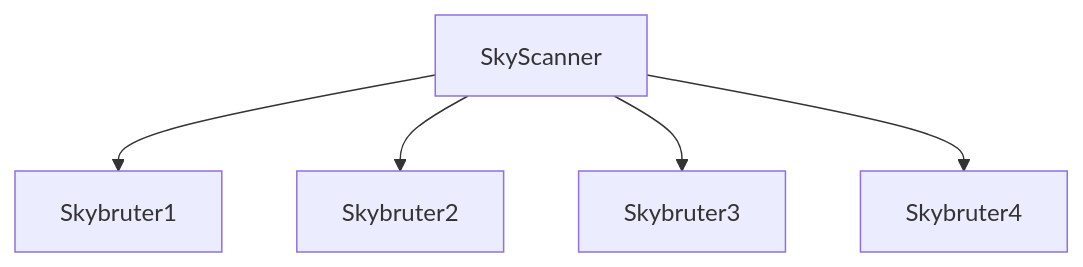
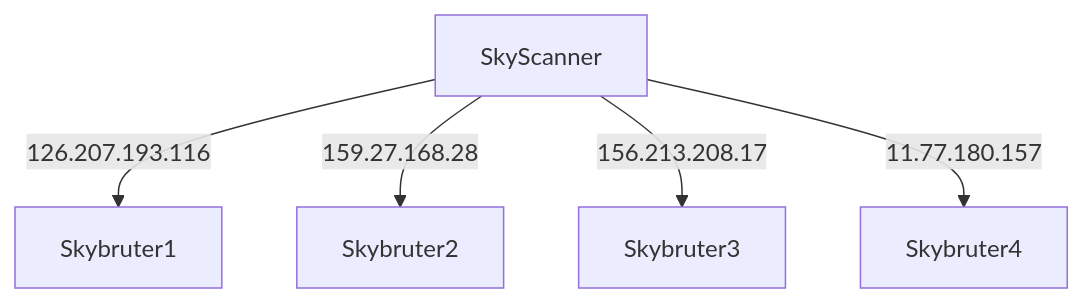
One commit to polymaster3313/SkyIsYours changed the first of 3 diagrams in README.md. Above: the diagram before and after it, drawn with Mermaid. The commit also changed other lines of this file, not shown here.

Commit message:
README.md update

````diff
--- a/README.md
+++ b/README.md
@@ -16,7 +16,7 @@
 ```mermaid
 graph TD;
-    SkyScanner-->Skybruter1;
-    SkyScanner-->Skybruter2;
-    SkyScanner-->Skybruter3;
-    SkyScanner-->Skybruter4;
+    SkyScanner --> |126.207.193.116| Skybruter1;
+    SkyScanner --> |159.27.168.28| Skybruter2;
+    SkyScanner --> |156.213.208.17| Skybruter3;
+    SkyScanner --> |11.77.180.157| Skybruter4;
 ```
````
